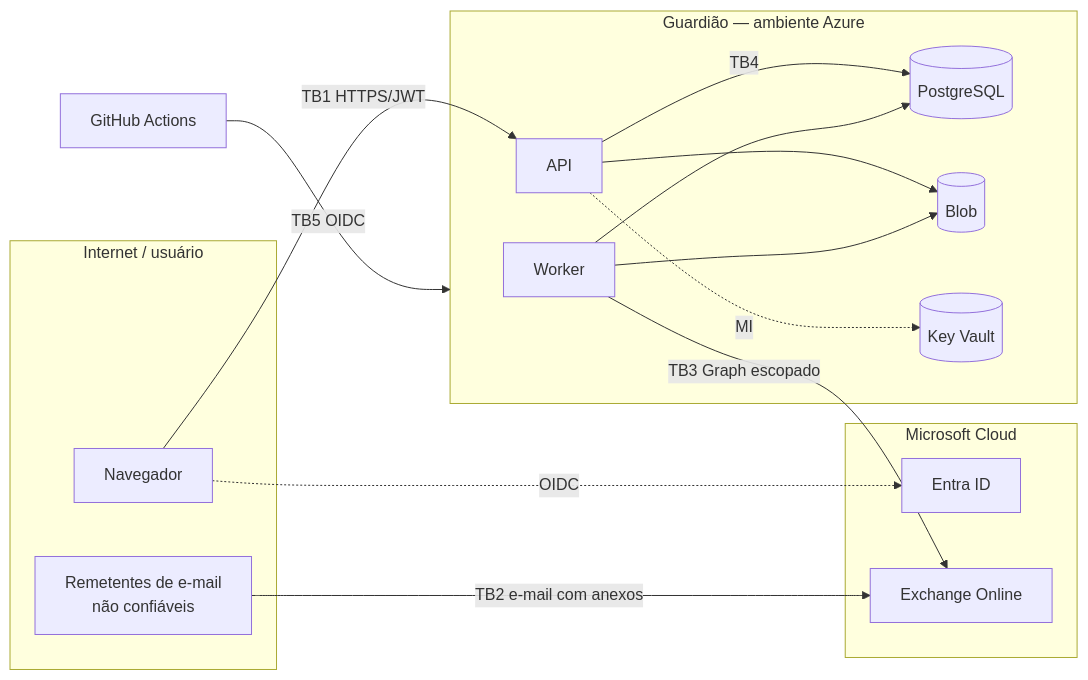
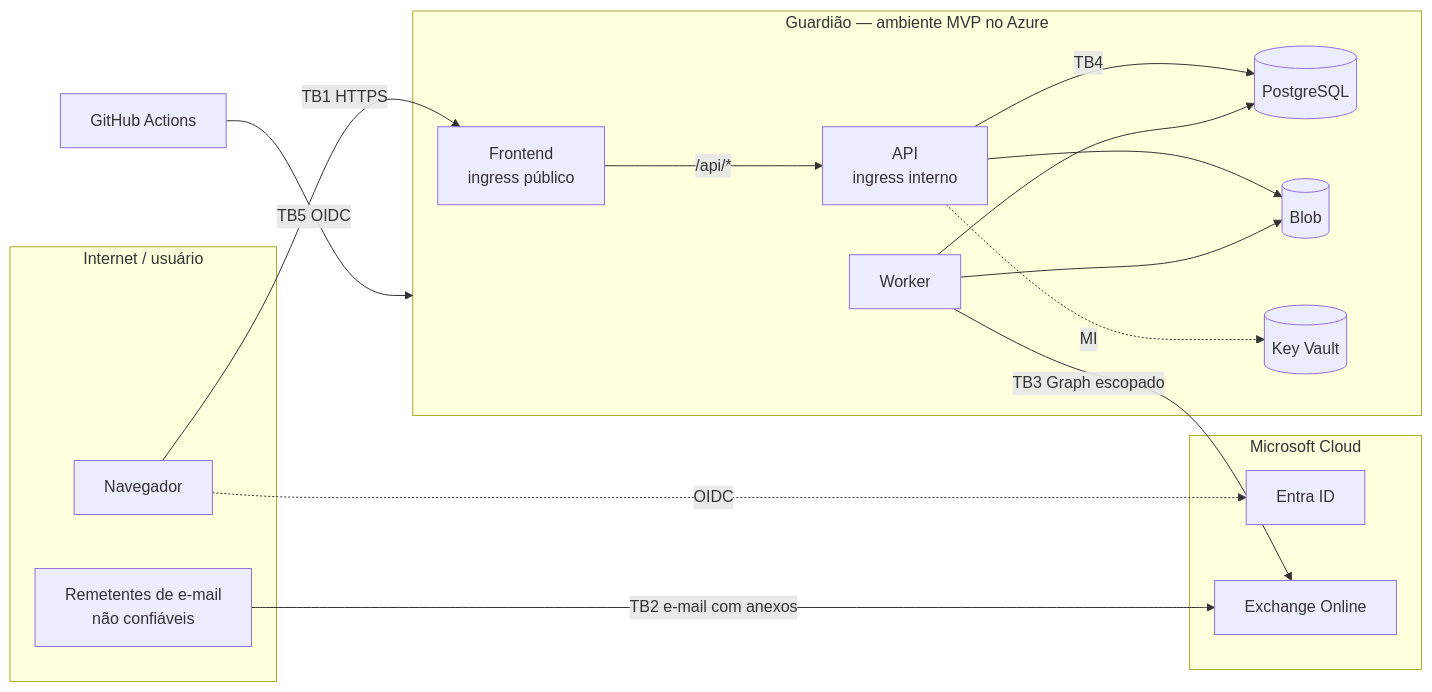
One commit to eusouzati/guardiao-financeiro-br changed the diagram in docs/threat-model.md. Above: the diagram before and after it, drawn with Mermaid. The commit also changed other lines of this file and 146 other files, not shown here.

````diff
--- a/docs/threat-model.md
+++ b/docs/threat-model.md
@@ -17,30 +20,32 @@
 ```mermaid
 flowchart LR
     subgraph internet[Internet / usuário]
         U[Navegador]
         EXT[Remetentes de e-mail<br/>não confiáveis]
     end
     subgraph ms[Microsoft Cloud]
         ENTRA[Entra ID]
         EXO[Exchange Online]
     end
-    subgraph app[Guardião — ambiente Azure]
-        API[API]
+    subgraph app[Guardião — ambiente MVP no Azure]
+        WEB[Frontend<br/>ingress público]
+        API[API<br/>ingress interno]
         W[Worker]
         DB[(PostgreSQL)]
         BLOB[(Blob)]
         KV[(Key Vault)]
     end
     GH[GitHub Actions]
 
-    U -- TB1 HTTPS/JWT --> API
+    U -- TB1 HTTPS --> WEB
+    WEB -- /api/* --> API
     EXT -- TB2 e-mail com anexos --> EXO
     W -- TB3 Graph escopado --> EXO
     API -- TB4 --> DB
     W --> DB
     API --> BLOB
     W --> BLOB
     API -. MI .-> KV
     GH -- TB5 OIDC --> app
     U -. OIDC .-> ENTRA
 ```
````
